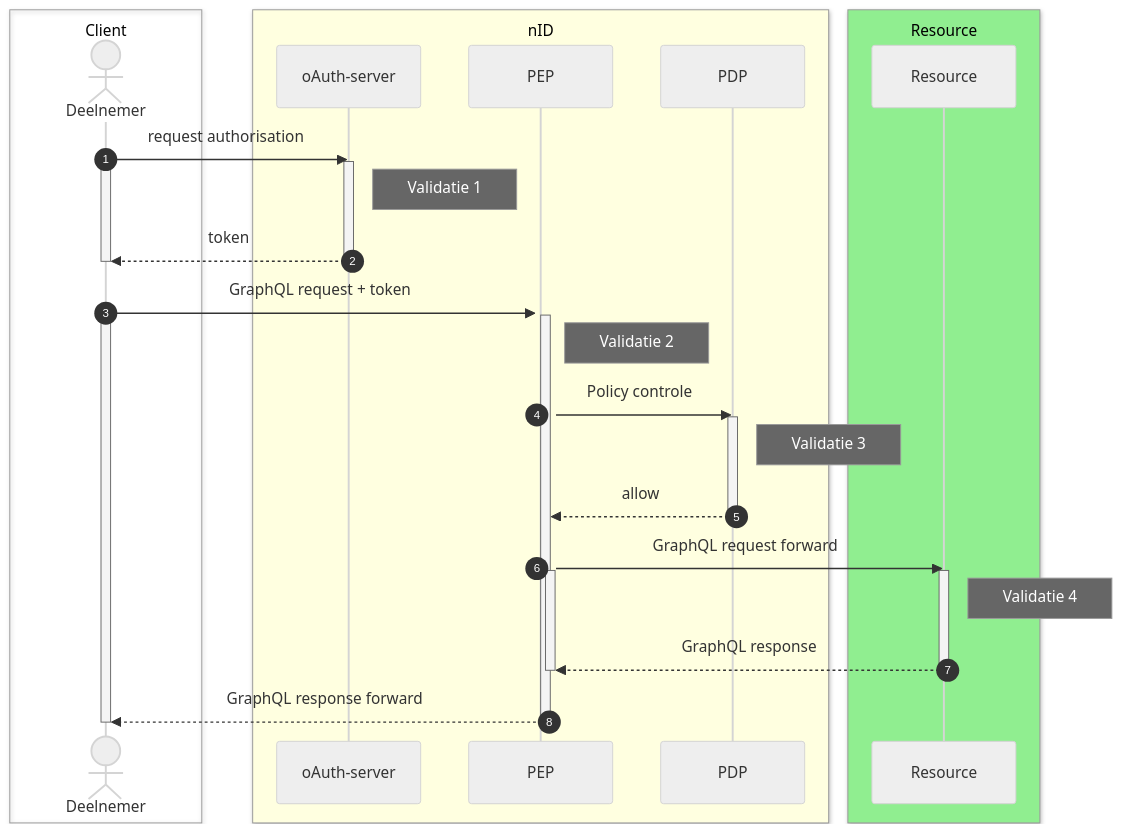
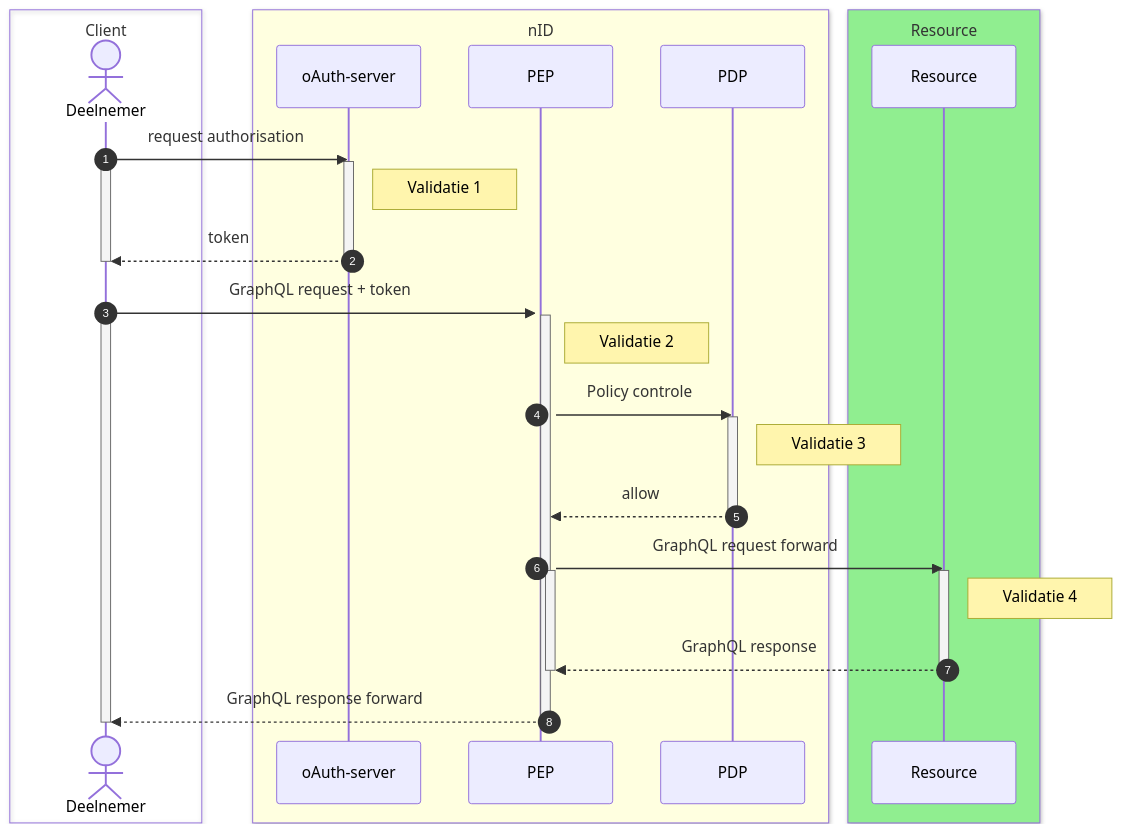
One commit to iStandaarden/iWlz-RequestForComment changed the first of 2 diagrams in RFC/RFC0040 - GraphQL http-statuscodes.md. Above: the diagram before and after it, drawn with Mermaid. The commit also changed other lines of this file and 1 other file, not shown here.

````diff
--- a/RFC/RFC0040 - GraphQL http-statuscodes.md
+++ b/RFC/RFC0040 - GraphQL http-statuscodes.md
@@ -72,50 +71,50 @@
 ```mermaid
 ---
 config:
-  theme: neutral
+  theme: default
 ---
 sequenceDiagram
 autonumber
   box Client
   actor Deelnemer
   end
 
   box lightyellow nID
   participant authz as oAuth-server
   participant PEP
   participant PDP
   end
 
   box lightgreen Resource
   participant Resource
   end
 
   Deelnemer->>authz: request authorisation
   activate authz
   activate Deelnemer
     note right of authz: Validatie 1
     authz-->>Deelnemer: token
   deactivate authz
   deactivate Deelnemer
 
   Deelnemer->>+PEP: GraphQL request + token
   activate Deelnemer
     activate PEP
     note right of PEP: Validatie 2
     PEP->>PDP: Policy controle
       activate PDP
       note right of PDP: Validatie 3
       PDP-->>PEP: allow
       deactivate PDP
     PEP->>Resource: GraphQL request forward
       activate PEP
         activate Resource
         note right of Resource: Validatie 4
         Resource-->>PEP: GraphQL response
         deactivate Resource
       deactivate PEP
     PEP-->> Deelnemer: GraphQL response forward
     deactivate PEP
   deactivate Deelnemer
 
 ```
````
